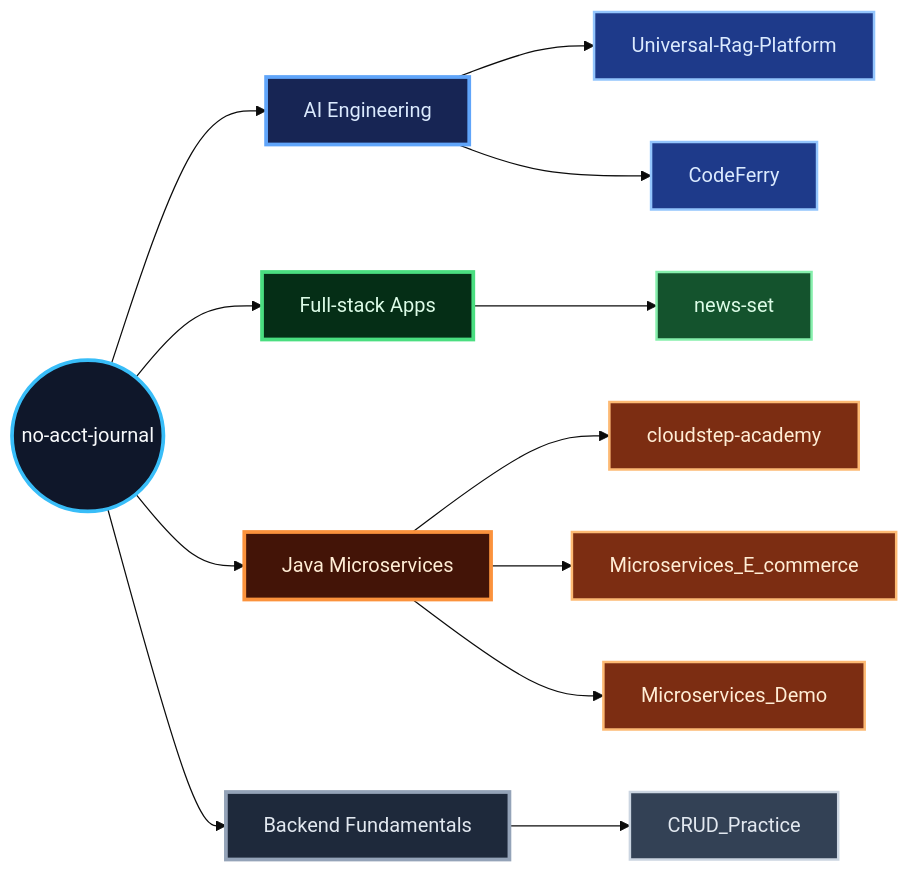
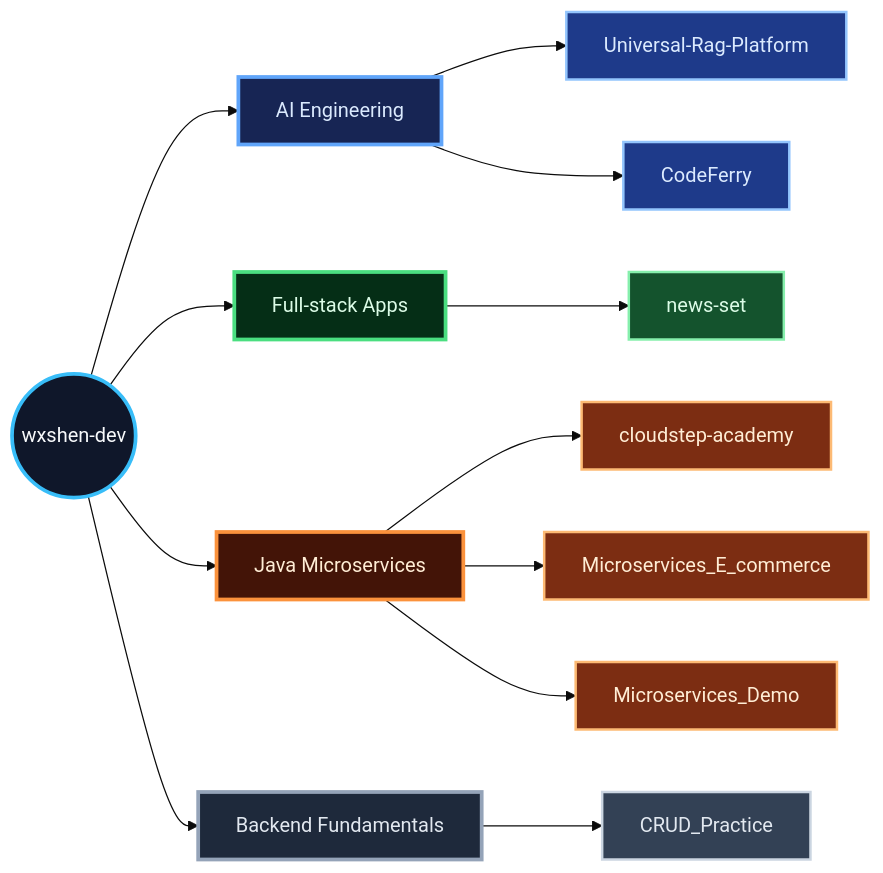
The diagram in README.md (wxshen-dev/wxshen-dev), drawn with Mermaid (base theme) before and after one commit. The commit also changed other lines of this file, not shown here.

````diff
--- a/README.md
+++ b/README.md
@@ -148,48 +148,48 @@
 ```mermaid
 flowchart LR
-    hub(("no-acct-journal"))
+    hub(("wxshen-dev"))
 
     hub --> ai["AI Engineering"]
     hub --> apps["Full-stack Apps"]
     hub --> java["Java Microservices"]
     hub --> core["Backend Fundamentals"]
 
     ai --> rag["Universal-Rag-Platform"]
     ai --> ferry["CodeFerry"]
 
     apps --> news["news-set"]
 
     java --> academy["cloudstep-academy"]
     java --> ecommerce["Microservices_E_commerce"]
     java --> demo["Microservices_Demo"]
 
     core --> crud["CRUD_Practice"]
 
-    click rag "https://github.com/no-acct-journal/Universal-Rag-Platform"
-    click ferry "https://github.com/no-acct-journal/CodeFerry"
-    click news "https://github.com/no-acct-journal/news-set"
-    click academy "https://github.com/no-acct-journal/cloudstep-academy"
-    click ecommerce "https://github.com/no-acct-journal/Microservices_E_commerce_Platform"
-    click demo "https://github.com/no-acct-journal/Microservices_Demo"
-    click crud "https://github.com/no-acct-journal/CRUD_Practice"
+    click rag "https://github.com/wxshen-dev/Universal-Rag-Platform"
+    click ferry "https://github.com/wxshen-dev/CodeFerry"
+    click news "https://github.com/wxshen-dev/news-set"
+    click academy "https://github.com/wxshen-dev/cloudstep-academy"
+    click ecommerce "https://github.com/wxshen-dev/Microservices_E_commerce_Platform"
+    click demo "https://github.com/wxshen-dev/Microservices_Demo"
+    click crud "https://github.com/wxshen-dev/CRUD_Practice"
 
     classDef hub fill:#0f172a,color:#f8fafc,stroke:#38bdf8,stroke-width:3px;
     classDef aiGroup fill:#172554,color:#dbeafe,stroke:#60a5fa,stroke-width:3px;
     classDef aiNode fill:#1e3a8a,color:#dbeafe,stroke:#93c5fd,stroke-width:2px;
     classDef appGroup fill:#052e16,color:#dcfce7,stroke:#4ade80,stroke-width:3px;
     classDef appNode fill:#14532d,color:#dcfce7,stroke:#86efac,stroke-width:2px;
     classDef javaGroup fill:#431407,color:#ffedd5,stroke:#fb923c,stroke-width:3px;
     classDef javaNode fill:#7c2d12,color:#ffedd5,stroke:#fdba74,stroke-width:2px;
     classDef coreGroup fill:#1e293b,color:#e2e8f0,stroke:#94a3b8,stroke-width:3px;
     classDef coreNode fill:#334155,color:#e2e8f0,stroke:#cbd5e1,stroke-width:2px;
 
     class hub hub;
     class ai aiGroup;
     class apps appGroup;
     class java javaGroup;
     class core coreGroup;
     class rag,ferry aiNode;
     class news appNode;
     class academy,ecommerce,demo javaNode;
     class crud coreNode;
 ```
````
